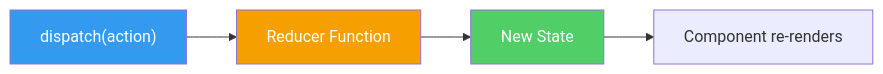
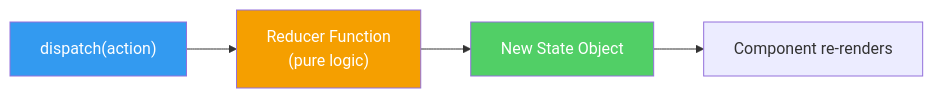
One commit to vaishali86c/React-revision-book changed diagram 13 of 21 in REACT-HOOKS-DEEP-DIVE.md. Above: the diagram before and after it, drawn with Mermaid. The commit also changed other lines of this file, not shown here.

````diff
--- a/REACT-HOOKS-DEEP-DIVE.md
+++ b/REACT-HOOKS-DEEP-DIVE.md
@@ -492,10 +493,10 @@
 ```mermaid
 graph LR
-    A["dispatch(action)"] --> B["Reducer Function"]
-    B --> C["New State"]
+    A["dispatch(action)"] --> B["Reducer Function\n(pure logic)"]
+    B --> C["New State Object"]
     C --> D["Component re-renders"]
 
     style A fill:#339af0,color:#fff
     style B fill:#f59f00,color:#fff
     style C fill:#51cf66,color:#fff
 ```
````
